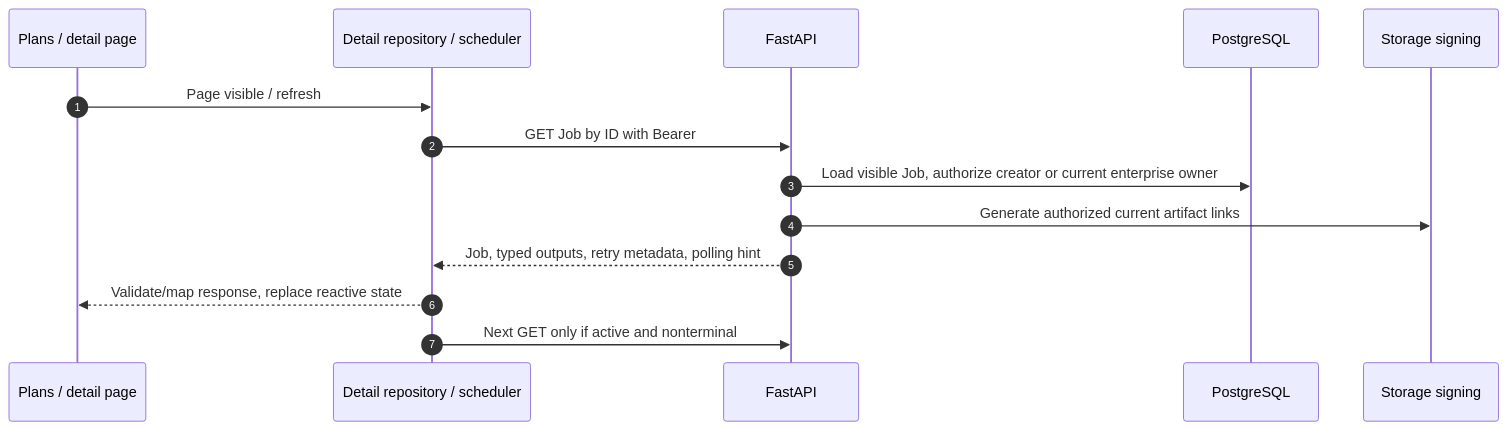
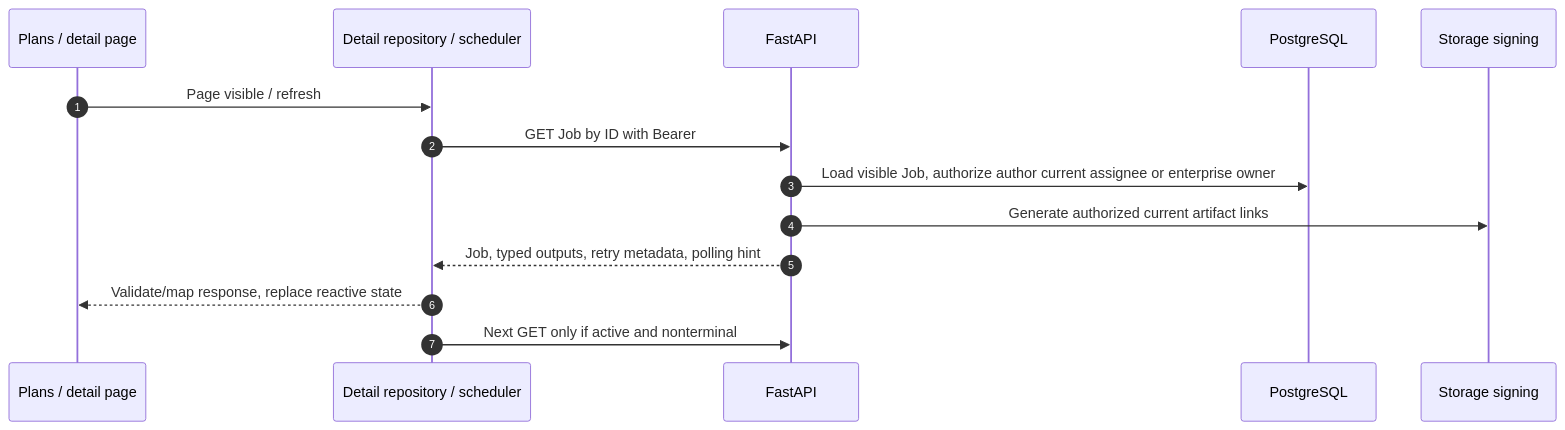
Before and after one commit to Orientation-CD/docs: the first of 2 diagrams in reference/flows/workflow-history-flow.md, drawn with Mermaid. The commit also changed other lines of this file and 203 other files, not shown here.

````diff
--- a/reference/flows/workflow-history-flow.md
+++ b/reference/flows/workflow-history-flow.md
@@ -7,16 +7,16 @@
 ```mermaid
 sequenceDiagram
   autonumber
   participant P as Plans / detail page
   participant R as Detail repository / scheduler
   participant A as FastAPI
   participant DB as PostgreSQL
   participant O as Storage signing
   P->>R: Page visible / refresh
   R->>A: GET Job by ID with Bearer
-  A->>DB: Load visible Job, authorize creator or current enterprise owner
+  A->>DB: Load visible Job, authorize author current assignee or enterprise owner
   A->>O: Generate authorized current artifact links
   A-->>R: Job, typed outputs, retry metadata, polling hint
   R-->>P: Validate/map response, replace reactive state
   R->>A: Next GET only if active and nonterminal
 ```
````
